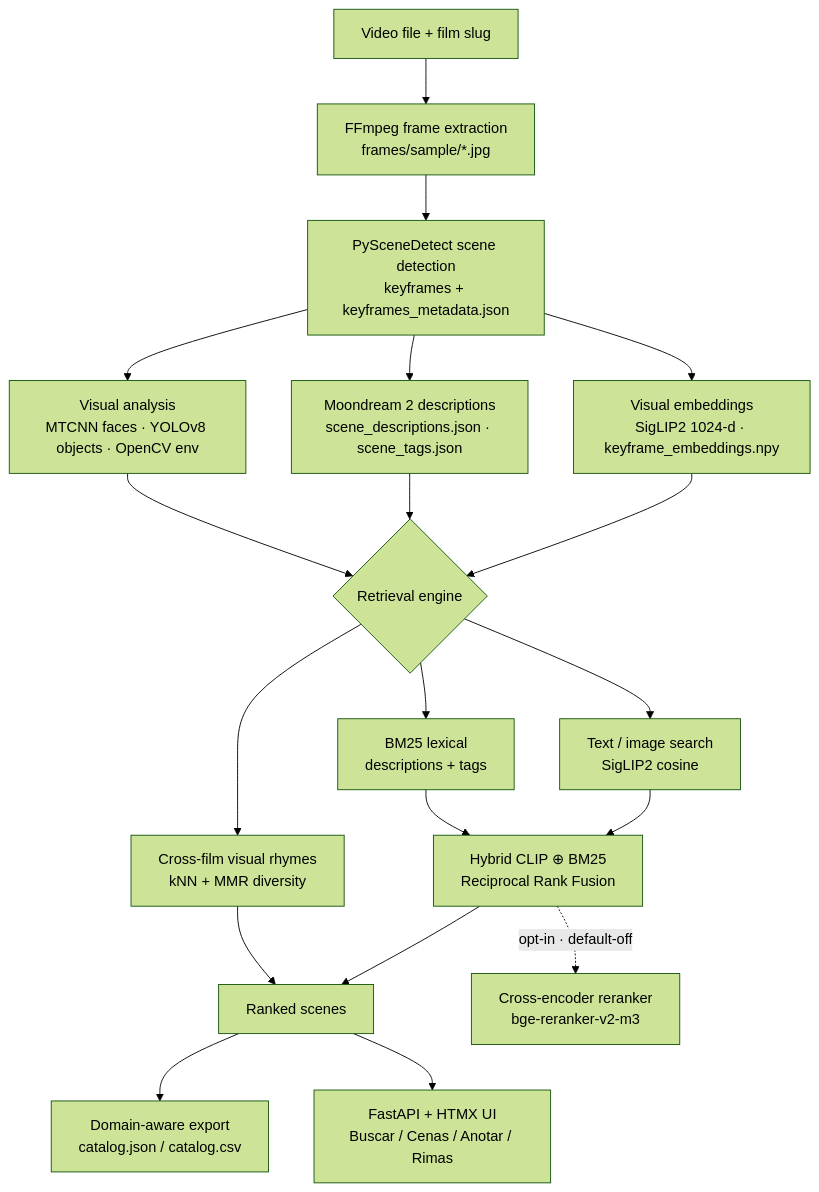
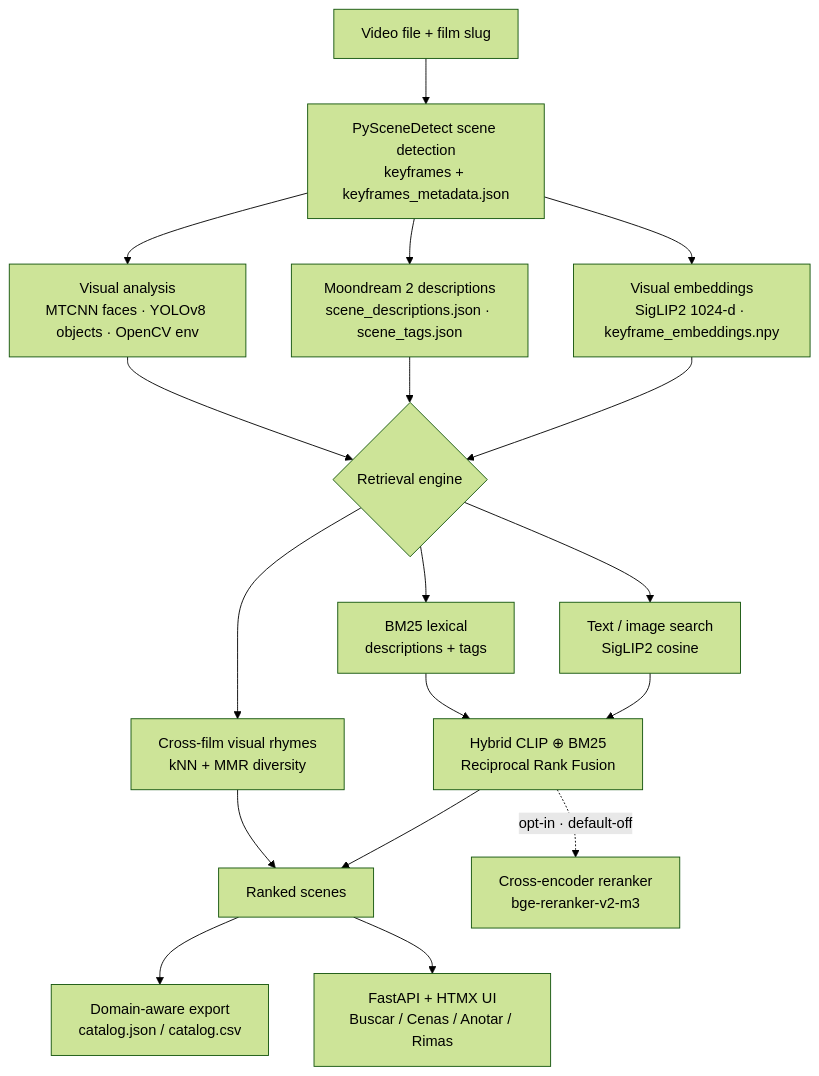
One commit to guto-mojica/kuaa changed the diagram in docs/ARCHITECTURE.md. Above: the diagram before and after it, drawn with Mermaid (forest theme). The commit also changed other lines of this file and 41 other files, not shown here.

First line of the commit message:
fix(preprocess): halt after scene detection; remove dead frame_extraction step

````diff
--- a/docs/ARCHITECTURE.md
+++ b/docs/ARCHITECTURE.md
@@ -48,23 +42,22 @@
 ```mermaid
 flowchart TD
-    V[Video file + film slug] --> FR[FFmpeg frame extraction<br/>frames/sample/*.jpg]
-    FR --> SC[PySceneDetect scene detection<br/>keyframes + keyframes_metadata.json]
+    V[Video file + film slug] --> SC[PySceneDetect scene detection<br/>keyframes + keyframes_metadata.json]
     SC --> VIS[Visual analysis<br/>MTCNN faces · YOLOv8 objects · OpenCV env]
     SC --> EMB[Visual embeddings<br/>SigLIP2 1024-d · keyframe_embeddings.npy]
     SC --> LLM[Moondream 2 descriptions<br/>scene_descriptions.json · scene_tags.json]
 
     EMB --> RET{Retrieval engine}
     LLM --> RET
     VIS --> RET
 
     RET --> TXT[Text / image search<br/>SigLIP2 cosine]
     RET --> BM25[BM25 lexical<br/>descriptions + tags]
     TXT --> HYB[Hybrid CLIP &oplus; BM25<br/>Reciprocal Rank Fusion]
     BM25 --> HYB
     RET --> RHY[Cross-film visual rhymes<br/>kNN + MMR diversity]
     HYB --> RES[Ranked scenes]
     HYB -. opt-in · default-off .-> RR[Cross-encoder reranker<br/>bge-reranker-v2-m3]
     RHY --> RES
     RES --> EXP[Domain-aware export<br/>catalog.json / catalog.csv]
     RES --> UI[FastAPI + HTMX UI<br/>Buscar / Cenas / Anotar / Rimas]
 ```
````
